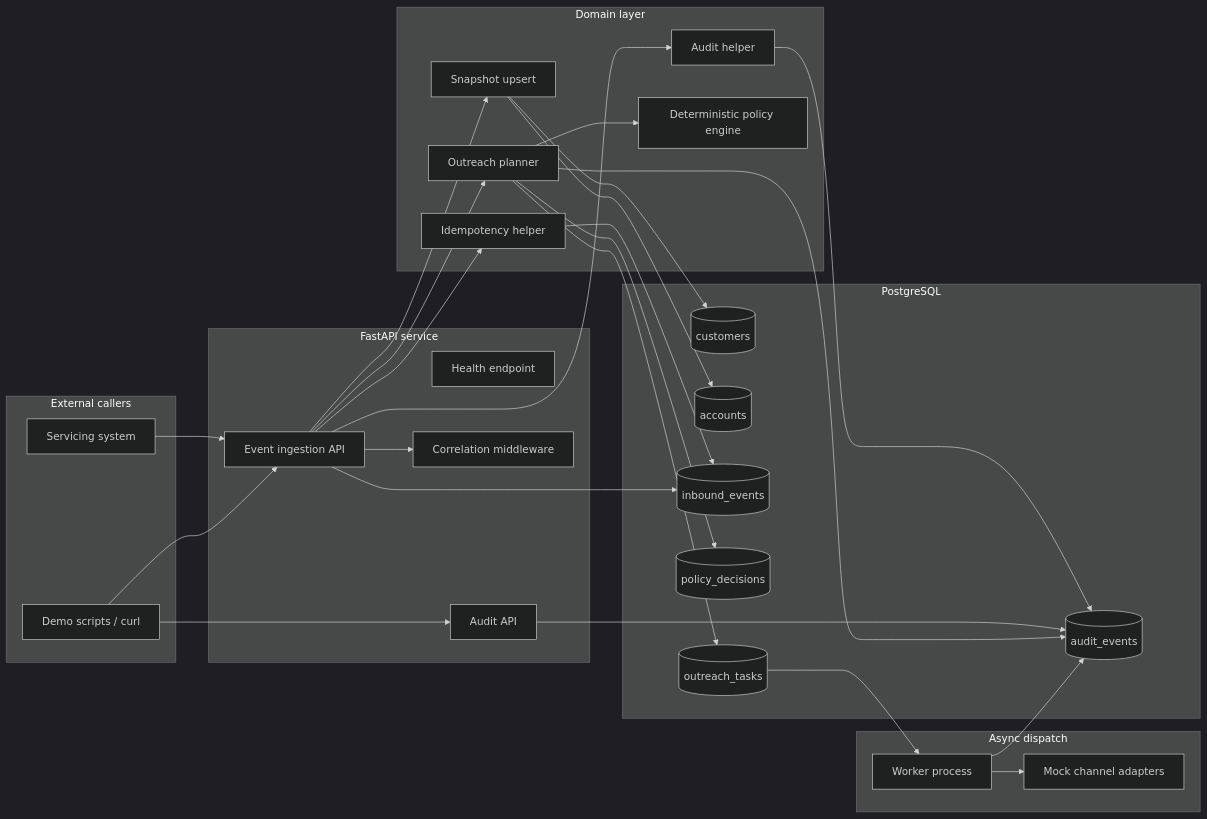
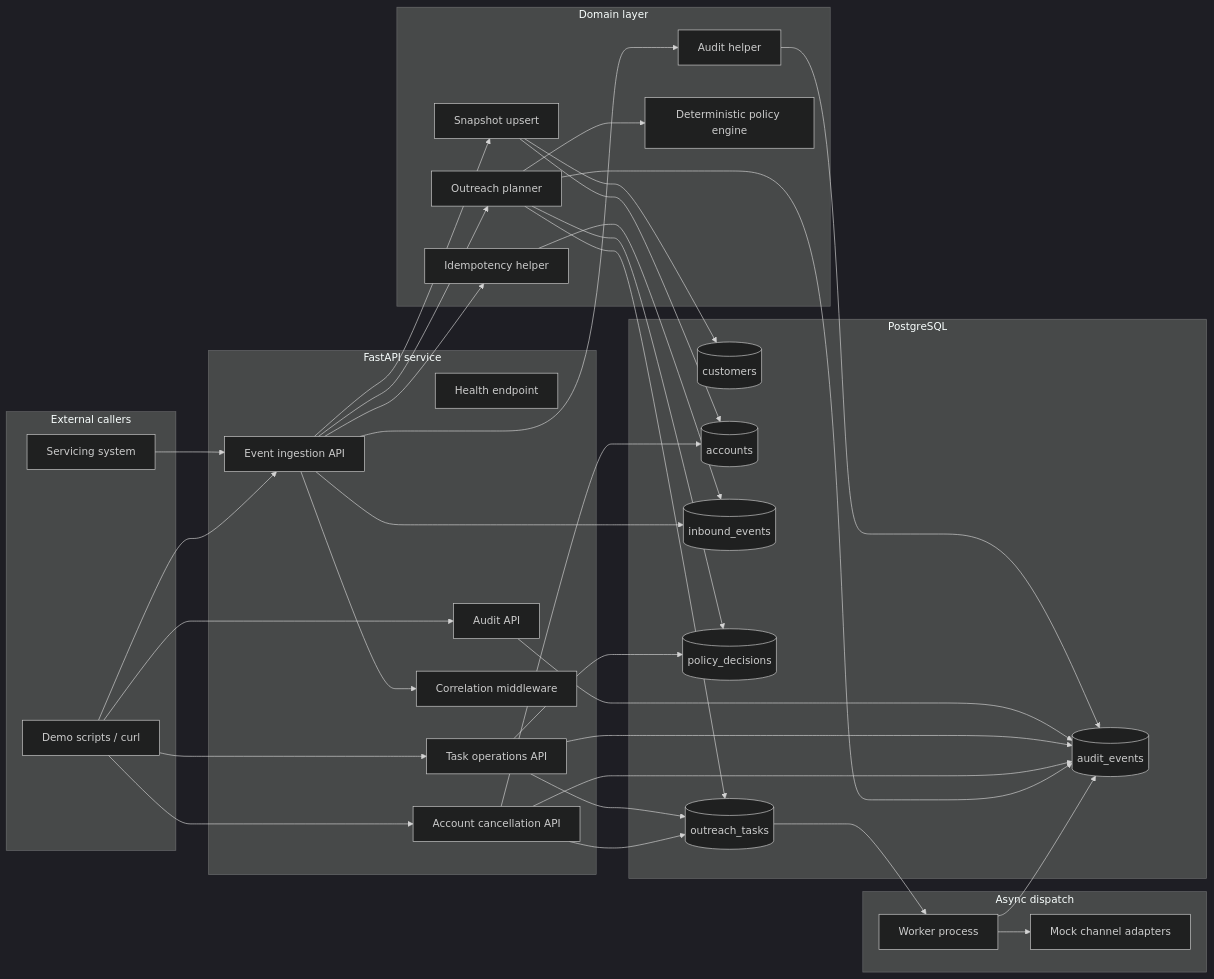
Before and after one commit to rafa761/ai-compliance-orquestrator: the second of 2 diagrams in README.md, drawn with Mermaid (dark theme). The commit also changed other lines of this file and 16 other files, not shown here.

````diff
--- a/README.md
+++ b/README.md
@@ -109,58 +118,68 @@
 ```mermaid
 flowchart LR
     subgraph Clients[External callers]
         Servicing[Servicing system]
         Demo[Demo scripts / curl]
     end
 
     subgraph API[FastAPI service]
         Health[Health endpoint]
         Events[Event ingestion API]
         AuditAPI[Audit API]
+        TasksAPI[Task operations API]
+        AccountsAPI[Account cancellation API]
         Correlation[Correlation middleware]
     end
 
     subgraph Domain[Domain layer]
         Idempotency[Idempotency helper]
         SnapshotUpsert[Snapshot upsert]
         AuditHelper[Audit helper]
         Policy[Deterministic policy engine]
         Planner[Outreach planner]
     end
 
     subgraph Data[PostgreSQL]
         Customers[(customers)]
         Accounts[(accounts)]
         Inbound[(inbound_events)]
         Decisions[(policy_decisions)]
         Tasks[(outreach_tasks)]
         Audit[(audit_events)]
     end
 
     subgraph Async[Async dispatch]
         Worker[Worker process]
         Adapters[Mock channel adapters]
     end
 
     Servicing --> Events
     Demo --> Events
     Demo --> AuditAPI
+    Demo --> TasksAPI
+    Demo --> AccountsAPI
     Events --> Correlation
     Events --> Idempotency
     Events --> SnapshotUpsert
     Events --> AuditHelper
     Events --> Planner
     Events --> Inbound
     SnapshotUpsert --> Customers
     SnapshotUpsert --> Accounts
     Idempotency --> Inbound
     AuditHelper --> Audit
     AuditAPI --> Audit
+    TasksAPI --> Tasks
+    TasksAPI --> Decisions
+    TasksAPI --> Audit
+    AccountsAPI --> Accounts
+    AccountsAPI --> Tasks
+    AccountsAPI --> Audit
     Planner --> Policy
     Planner --> Decisions
     Planner --> Tasks
     Planner --> Audit
     Tasks --> Worker
     Worker --> Adapters
     Worker --> Audit
 ```
````
